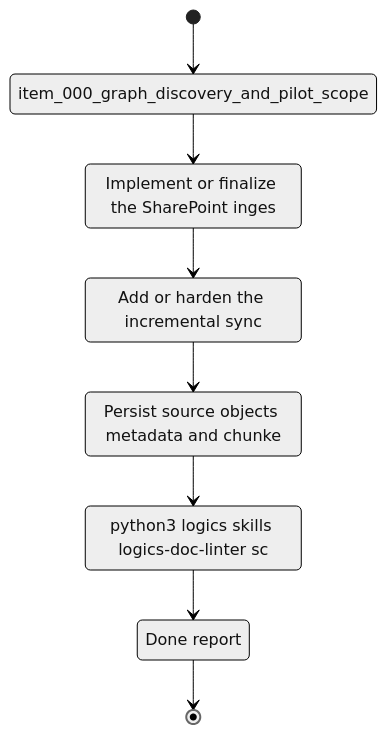
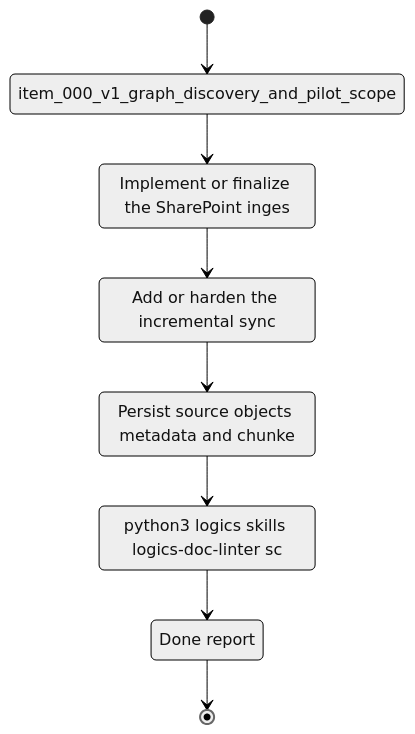
Before and after one commit to AlexAgo83/deepvault: the diagram in logics/tasks/task_002_v1_ingestion_sync_and_retrieval_hardening.md, drawn with Mermaid (neutral theme). The commit also changed other lines of this file and 88 other files, not shown here.

Commit message:
Harden worker flows and reconcile logics docs

````diff
--- a/logics/tasks/task_002_v1_ingestion_sync_and_retrieval_hardening.md
+++ b/logics/tasks/task_002_v1_ingestion_sync_and_retrieval_hardening.md
@@ -17,18 +17,18 @@
 ```mermaid
 %% logics-kind: task
 %% logics-signature: task|v1-ingestion-sync-and-retrieval-hardenin|item-000-graph-discovery-and-pilot-scope|implement-or-finalize-the-sharepoint-ing|python3-logics-skills-logics-doc-linter-
 stateDiagram-v2
-    state "item_000_graph_discovery_and_pilot_scope" as Backlog
+    state "item_000_v1_graph_discovery_and_pilot_scope" as Backlog
     state "Implement or finalize the SharePoint inges" as Scope
     state "Add or harden the incremental sync" as Build
     state "Persist source objects metadata and chunke" as Verify
     state "python3 logics skills logics-doc-linter sc" as Validation
     state "Done report" as Report
     [*] --> Backlog
     Backlog --> Scope
     Scope --> Build
     Build --> Verify
     Verify --> Validation
     Validation --> Report
     Report --> [*]
 ```
````
